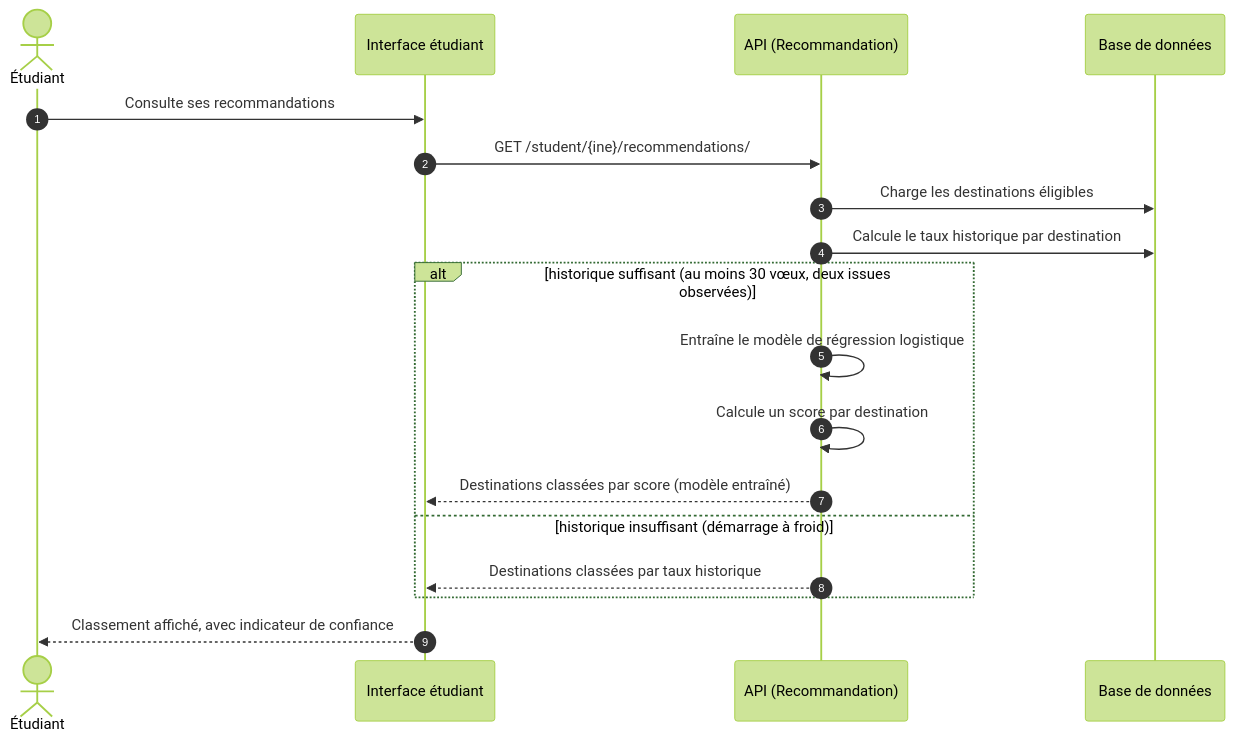
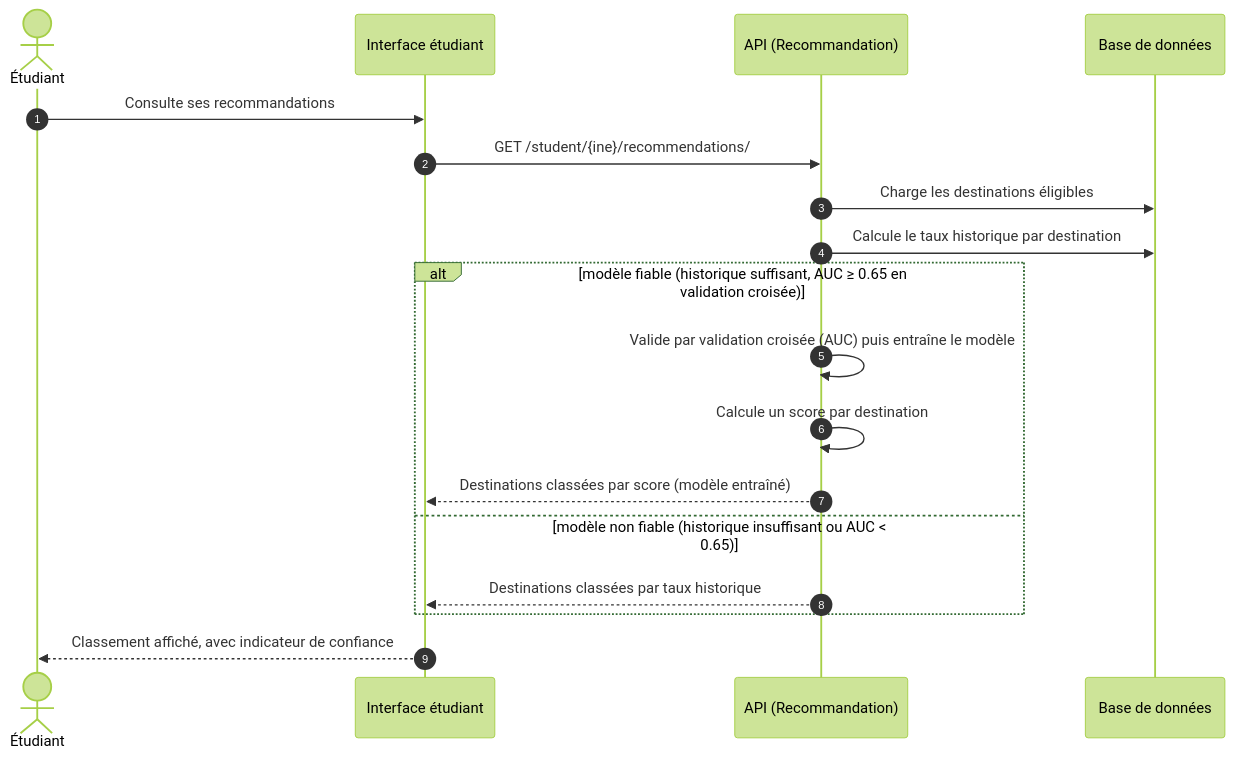
One commit to ons-souissi-n7/Rapport changed the diagram in figures/conception/mermaid/sequence-recommendation.mmd. Above: the diagram before and after it, drawn with Mermaid (forest theme). The commit also changed 19 other files, not shown here.

```diff
--- a/figures/conception/mermaid/sequence-recommendation.mmd
+++ b/figures/conception/mermaid/sequence-recommendation.mmd
@@ -1,19 +1,19 @@
 sequenceDiagram
     autonumber
     actor E as Étudiant
     participant F as Interface étudiant
     participant API as API (Recommandation)
     participant DB as Base de données
 
     E->>F: Consulte ses recommandations
     F->>API: GET /student/{ine}/recommendations/
     API->>DB: Charge les destinations éligibles
     API->>DB: Calcule le taux historique par destination
-    alt historique suffisant (au moins 30 vœux, deux issues observées)
-        API->>API: Entraîne le modèle de régression logistique
+    alt modèle fiable (historique suffisant, AUC ≥ 0.65 en validation croisée)
+        API->>API: Valide par validation croisée (AUC) puis entraîne le modèle
         API->>API: Calcule un score par destination
         API-->>F: Destinations classées par score (modèle entraîné)
-    else historique insuffisant (démarrage à froid)
+    else modèle non fiable (historique insuffisant ou AUC < 0.65)
         API-->>F: Destinations classées par taux historique
     end
     F-->>E: Classement affiché, avec indicateur de confiance
```
